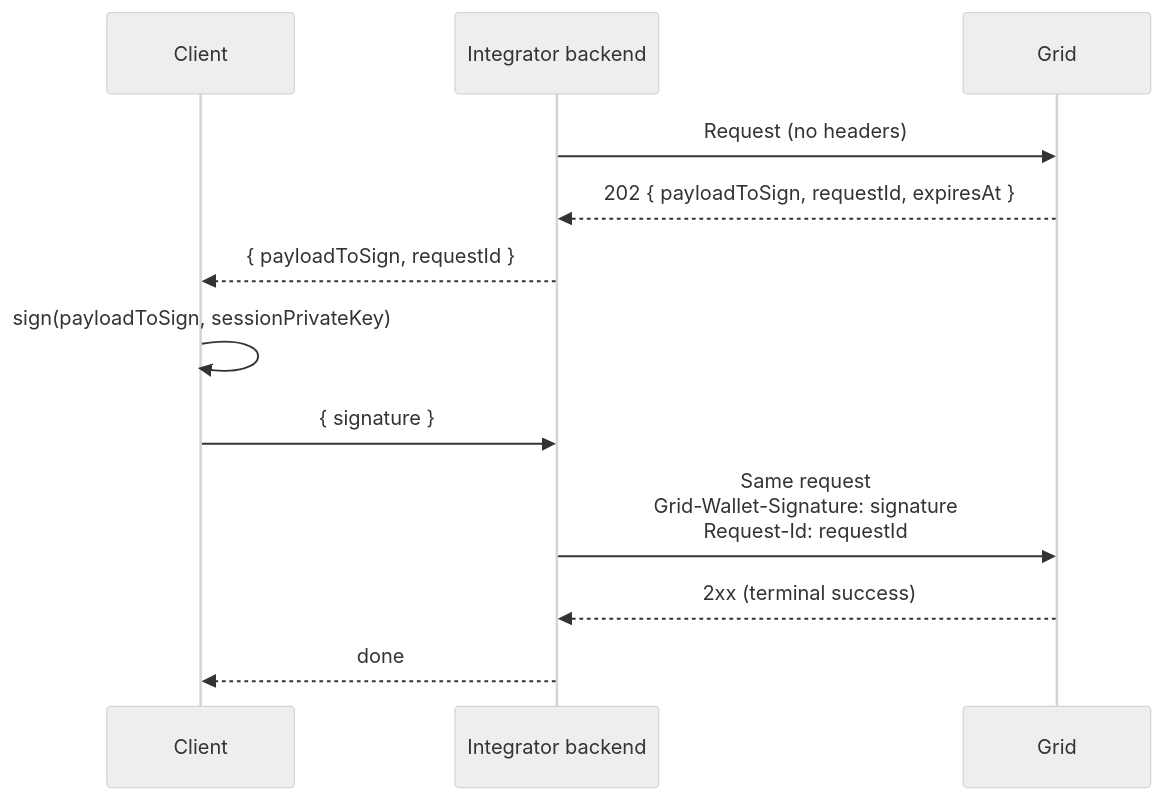
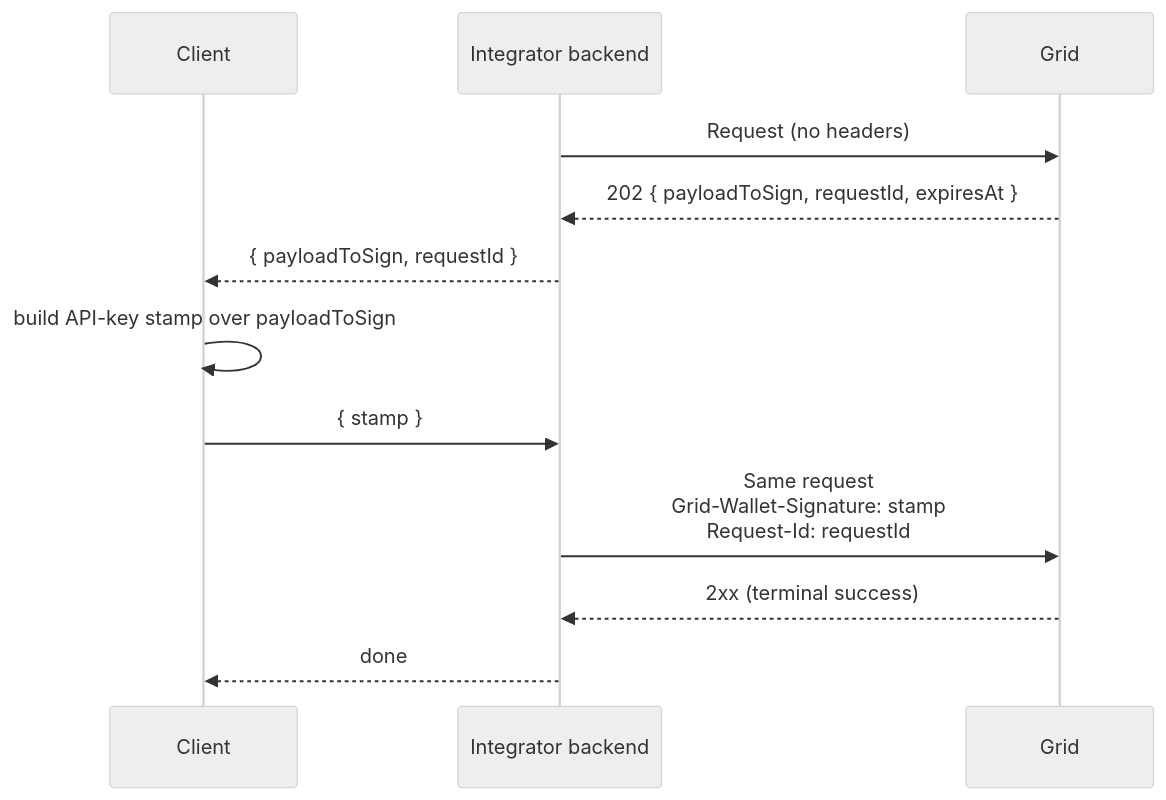
Before and after one commit to lightsparkdev/grid-api: the fifth of 5 diagrams in mintlify/snippets/embedded-wallets/authentication.mdx, drawn with Mermaid (neutral theme). The commit also changed other lines of this file and 38 other files, not shown here.

````diff
--- a/mintlify/snippets/embedded-wallets/authentication.mdx
+++ b/mintlify/snippets/embedded-wallets/authentication.mdx
@@ -510,15 +509,15 @@
 ```mermaid
 sequenceDiagram
   participant C as Client
   participant IB as Integrator backend
   participant G as Grid
 
   IB->>G: Request (no headers)
   G-->>IB: 202 { payloadToSign, requestId, expiresAt }
   IB-->>C: { payloadToSign, requestId }
-  C->>C: sign(payloadToSign, sessionPrivateKey)
-  C->>IB: { signature }
-  IB->>G: Same request<br/>Grid-Wallet-Signature: signature<br/>Request-Id: requestId
+  C->>C: build API-key stamp over payloadToSign
+  C->>IB: { stamp }
+  IB->>G: Same request<br/>Grid-Wallet-Signature: stamp<br/>Request-Id: requestId
   G-->>IB: 2xx (terminal success)
   IB-->>C: done
 ```
````
